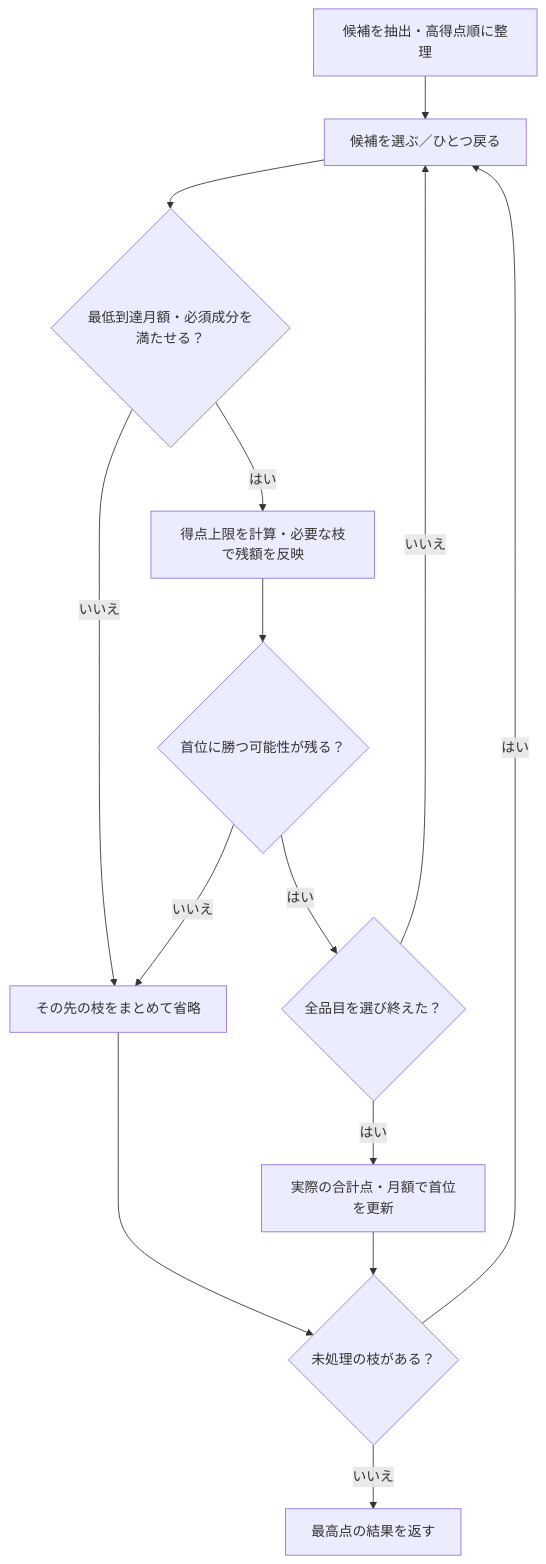
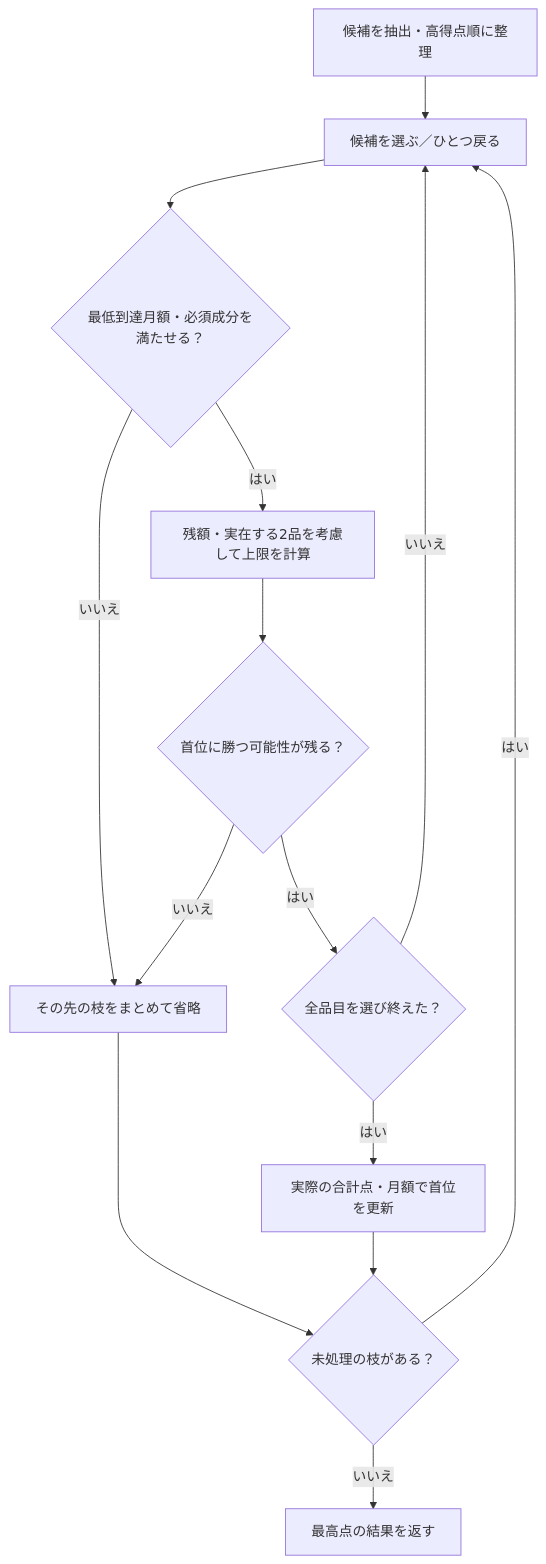
Before and after one commit to 28nznkffck-arch/skincare-optimizer: the diagram in docs/search-algorithm.md, drawn with Mermaid. The commit also changed other lines of this file and 17 other files, not shown here.

````diff
--- a/docs/search-algorithm.md
+++ b/docs/search-algorithm.md
@@ -125,16 +146,16 @@
 ```mermaid
 flowchart TD
   A["候補を抽出・高得点順に整理"] --> B["候補を選ぶ／ひとつ戻る"]
   B --> C{"最低到達月額・必須成分を満たせる？"}
   C -- "いいえ" --> S["その先の枝をまとめて省略"]
-  C -- "はい" --> D["得点上限を計算・必要な枝で残額を反映"]
+  C -- "はい" --> D["残額・実在する2品を考慮して上限を計算"]
   D --> E{"首位に勝つ可能性が残る？"}
   E -- "いいえ" --> S
   E -- "はい" --> F{"全品目を選び終えた？"}
   F -- "いいえ" --> B
   F -- "はい" --> G["実際の合計点・月額で首位を更新"]
   S --> H{"未処理の枝がある？"}
   G --> H
   H -- "はい" --> B
   H -- "いいえ" --> I["最高点の結果を返す"]
 ```
````
